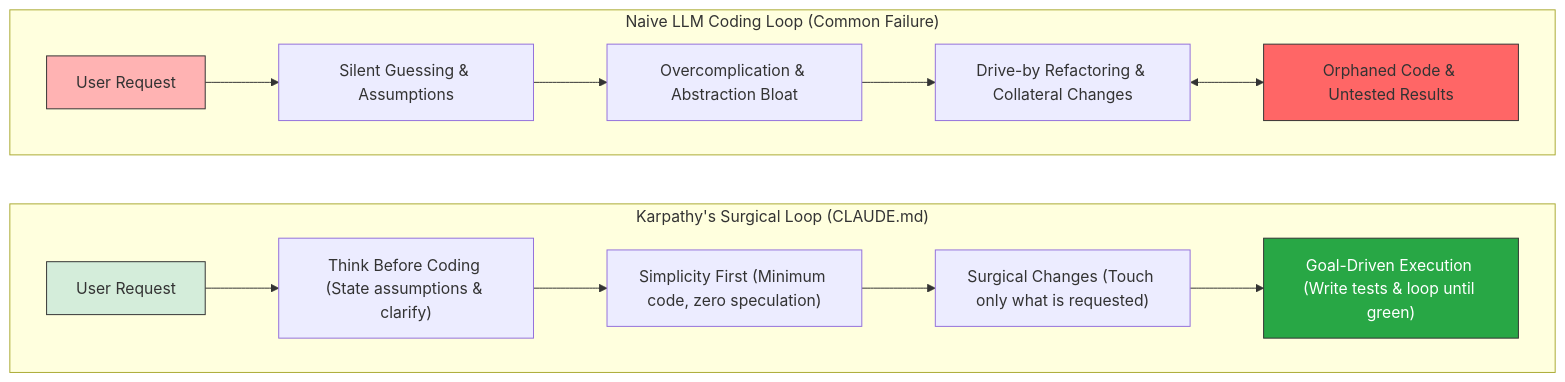
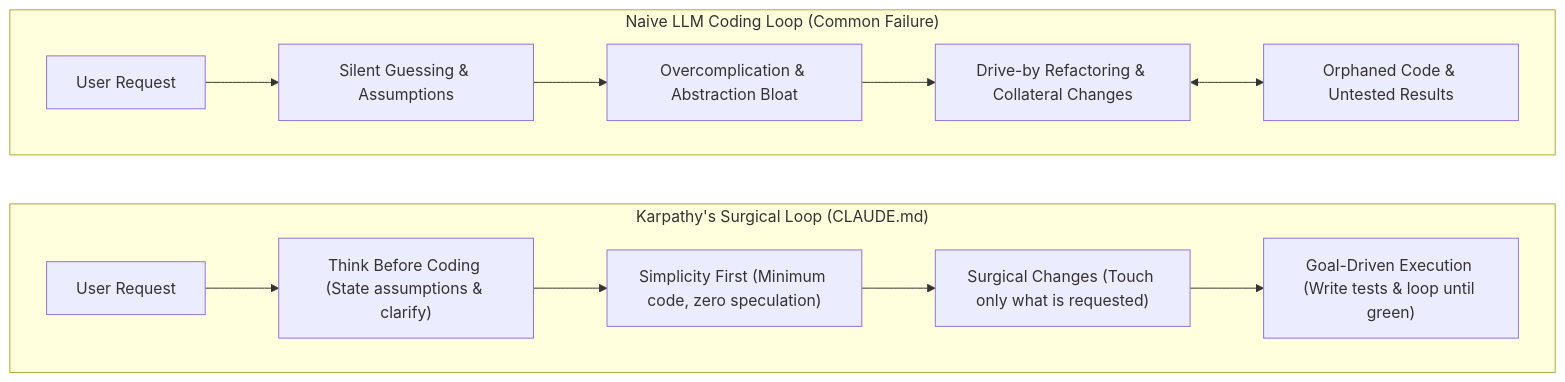
Before and after one commit to sdelrio/golden-forest: the diagram in docs/Develop-Code/AI-Development/Skills/karpathy-skills.md, drawn with Mermaid. The commit also changed 19 other files, not shown here.

First line of the commit message:
feat(theme): add ink plate mermaid diagrams (#377)

````diff
--- a/docs/Develop-Code/AI-Development/Skills/karpathy-skills.md
+++ b/docs/Develop-Code/AI-Development/Skills/karpathy-skills.md
@@ -28,26 +28,23 @@
 ```mermaid
 graph TB
     subgraph "Naive LLM Coding Loop (Common Failure)"
         direction LR
         Input[User Request] --> SilentGuess[Silent Guessing & Assumptions]
         SilentGuess --> Bloat[Overcomplication & Abstraction Bloat]
         Bloat --> Orthogonal[Drive-by Refactoring & Collateral Changes]
         Orthogonal <--> Fail[Orphaned Code & Untested Results]
     end
 
     subgraph "Karpathy's Surgical Loop (CLAUDE.md)"
         direction LR
         Request[User Request] --> Think["Think Before Coding (State assumptions & clarify)"]
         Think --> Simple["Simplicity First (Minimum code, zero speculation)"]
         Simple --> Surgical["Surgical Changes (Touch only what is requested)"]
         Surgical --> Goal["Goal-Driven Execution (Write tests & loop until green)"]
     end
 
     %% Force vertical layout between the two subgraphs
     Input ~~~ Request
 
-    style Input fill:#ffb3b3,stroke:#333
-    style Fail fill:#ff6666,stroke:#333
-    style Request fill:#d4edda,stroke:#333
-    style Goal fill:#28a745,stroke:#333,color:#fff
+    class Goal highlight
 ```
````
